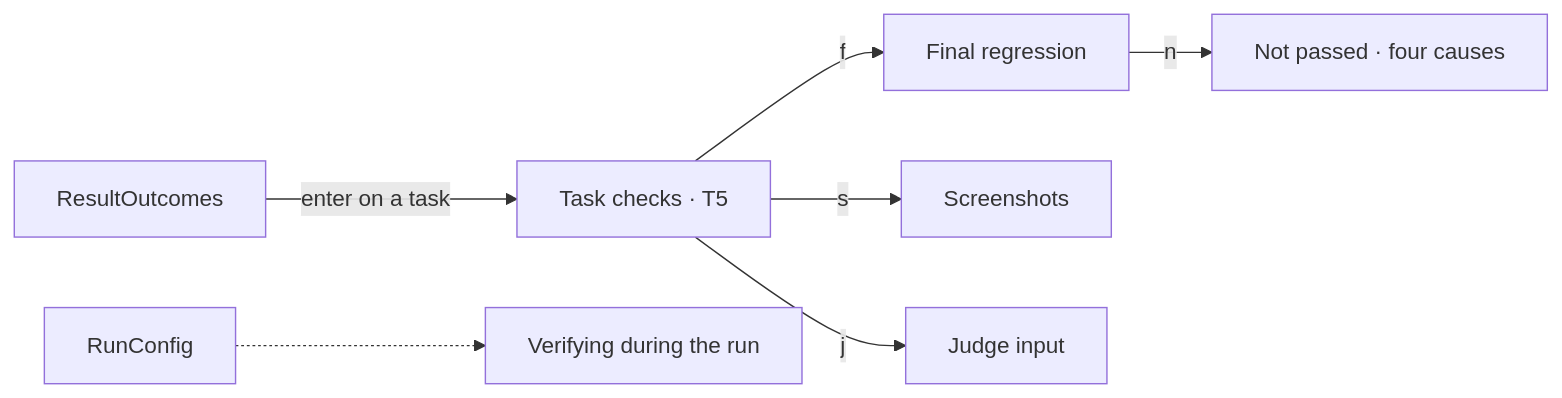
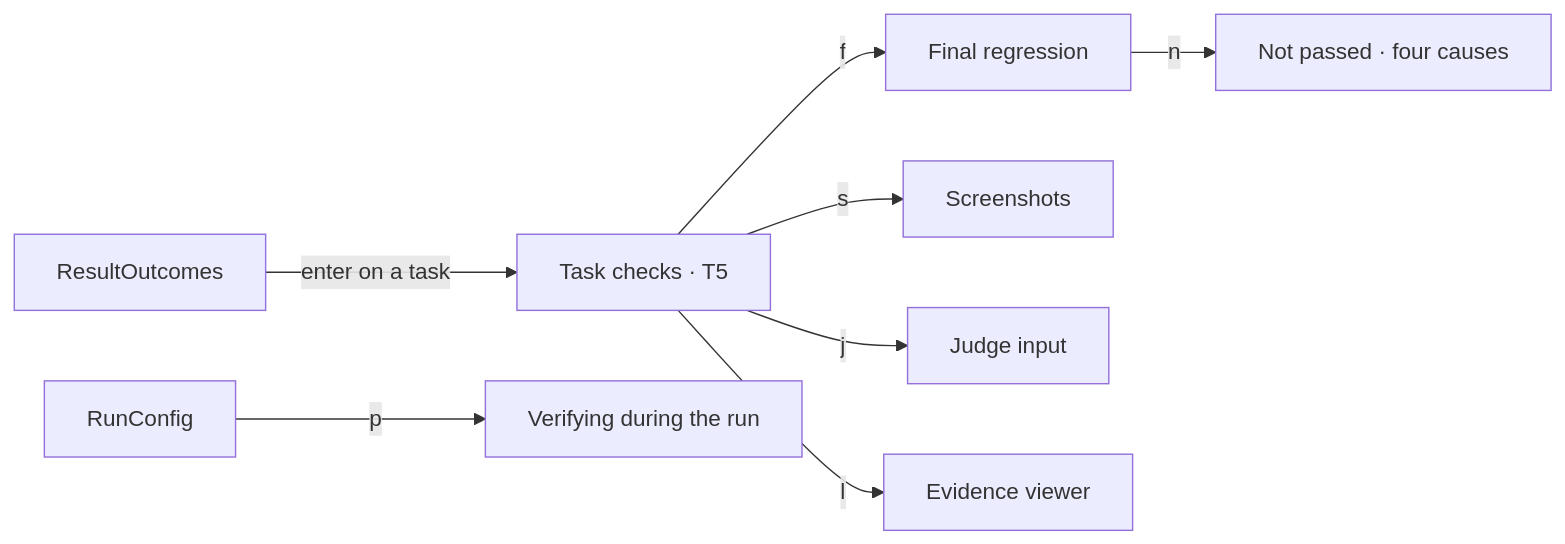
One commit to AxionomicAI/AxBenchmark changed diagram 13 of 23 in spec/design/wireframe-tui/navigation.md. Above: the diagram before and after it, drawn with Mermaid. The commit also changed other lines of this file and 228 other files, not shown here.

````diff
--- a/spec/design/wireframe-tui/navigation.md
+++ b/spec/design/wireframe-tui/navigation.md
@@ -243,9 +291,10 @@
 ```mermaid
 flowchart LR
     ResultOutcomes -->|enter on a task| TaskChecks["Task checks · T5"]
     TaskChecks -->|f| FinalRegression["Final regression"]
     FinalRegression -->|n| CheckOutcomes["Not passed · four causes"]
     TaskChecks -->|s| Screenshots
     TaskChecks -->|j| JudgeHandoff["Judge input"]
-    RunConfig -.-> VerifyProgress["Verifying during the run"]
+    TaskChecks -->|l| EvidenceViewer["Evidence viewer"]
+    RunConfig -->|p| VerifyProgress["Verifying during the run"]
 ```
````
